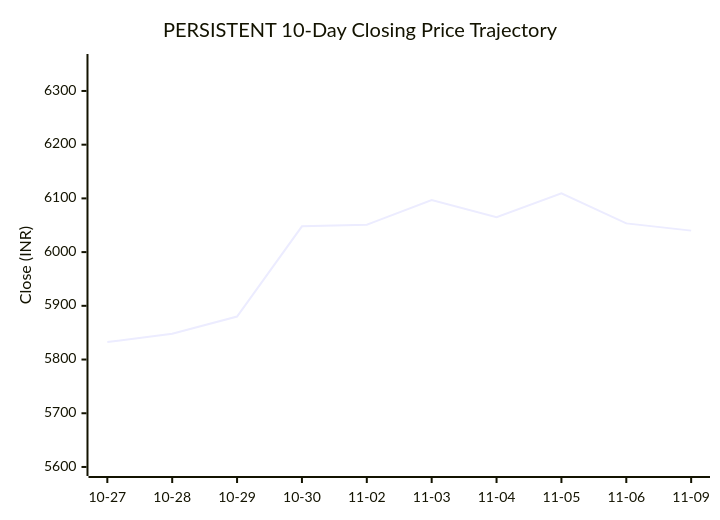
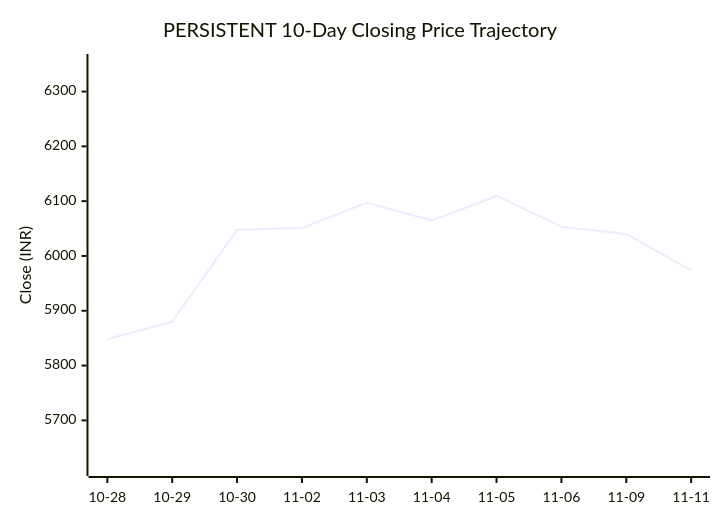
The second of 3 diagrams in market-intelligence/stocks/PERSISTENT/latest.md (purnareddy9/dev), drawn with Mermaid before and after one commit. The commit also changed other lines of this file and 4 other files, not shown here.

````diff
--- a/market-intelligence/stocks/PERSISTENT/latest.md
+++ b/market-intelligence/stocks/PERSISTENT/latest.md
@@ -95,7 +95,7 @@
 ```mermaid
 xychart-beta
     title "PERSISTENT 10-Day Closing Price Trajectory"
-    x-axis ["10-27", "10-28", "10-29", "10-30", "11-02", "11-03", "11-04", "11-05", "11-06", "11-09"]
-    y-axis "Close (INR)" 5599 --> 6353
-    line [5832.5, 5848.0, 5880.0, 6048.0, 6051.0, 6097.0, 6065.0, 6109.5, 6053.5, 6040.0]
+    x-axis ["10-28", "10-29", "10-30", "11-02", "11-03", "11-04", "11-05", "11-06", "11-09", "11-11"]
+    y-axis "Close (INR)" 5614 --> 6353
+    line [5848.0, 5880.0, 6048.0, 6051.0, 6097.0, 6065.0, 6109.5, 6053.5, 6040.0, 5973.5]
 ```
````
